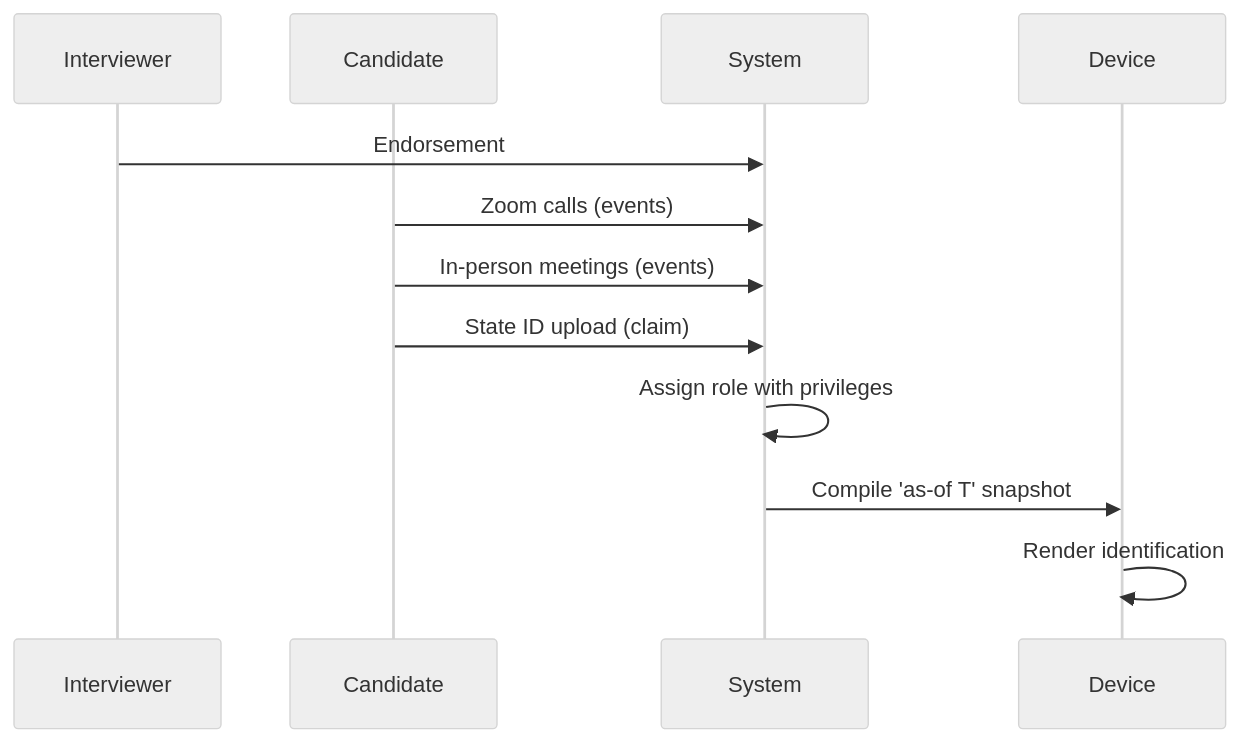
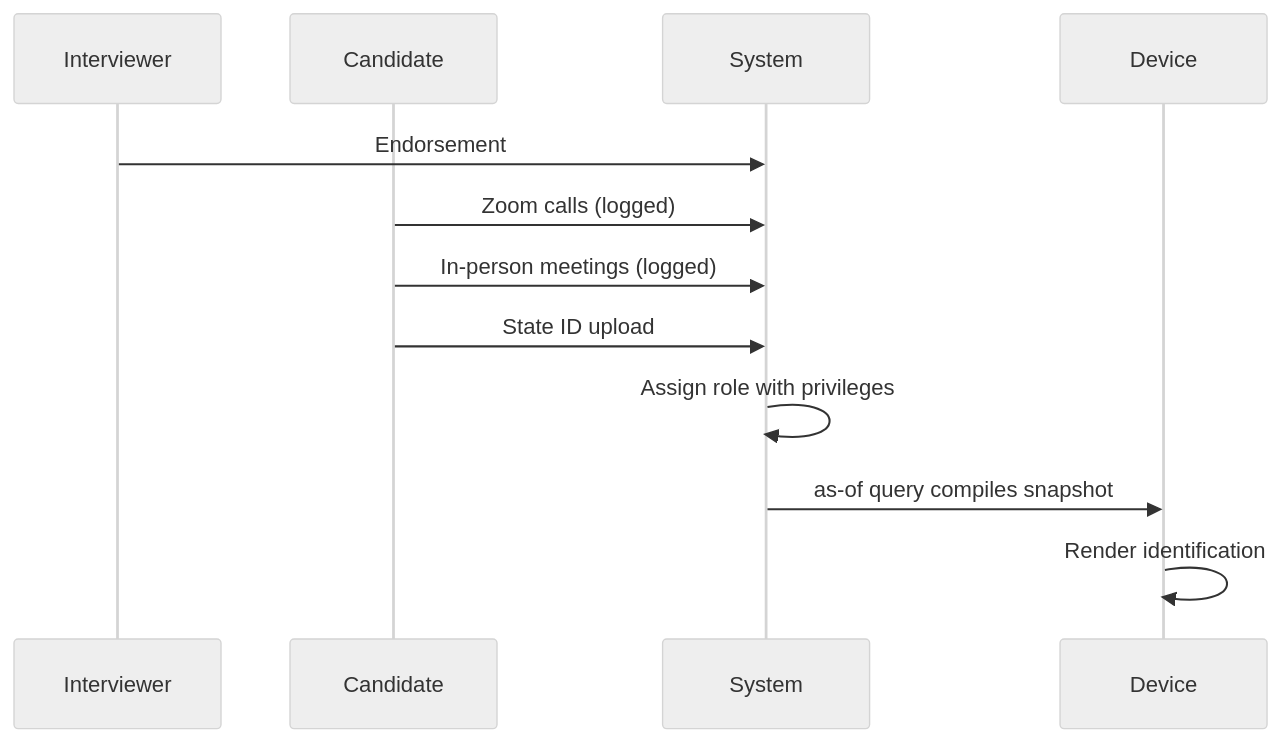
Before and after one commit to Synthetic-Identity-Co/conj-talk-2025: the second of 10 diagrams in conj-talk-2025.md, drawn with Mermaid (neutral theme). The commit also changed other lines of this file, not shown here.

````diff
--- a/conj-talk-2025.md
+++ b/conj-talk-2025.md
@@ -173,15 +120,15 @@
 ```mermaid
 sequenceDiagram
     participant I as Interviewer
     participant C as Candidate
     participant S as System
     participant D as Device
     
     I->>S: Endorsement
-    C->>S: Zoom calls (events)
-    C->>S: In-person meetings (events)
-    C->>S: State ID upload (claim)
+    C->>S: Zoom calls (logged)
+    C->>S: In-person meetings (logged)
+    C->>S: State ID upload
     S->>S: Assign role with privileges
-    S->>D: Compile 'as-of T' snapshot
+    S->>D: as-of query compiles snapshot
     D->>D: Render identification
 ```
````
